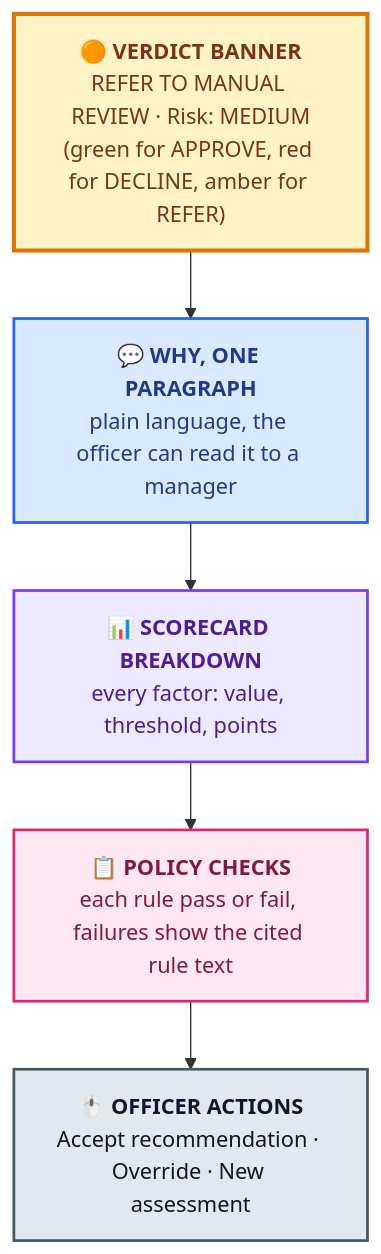
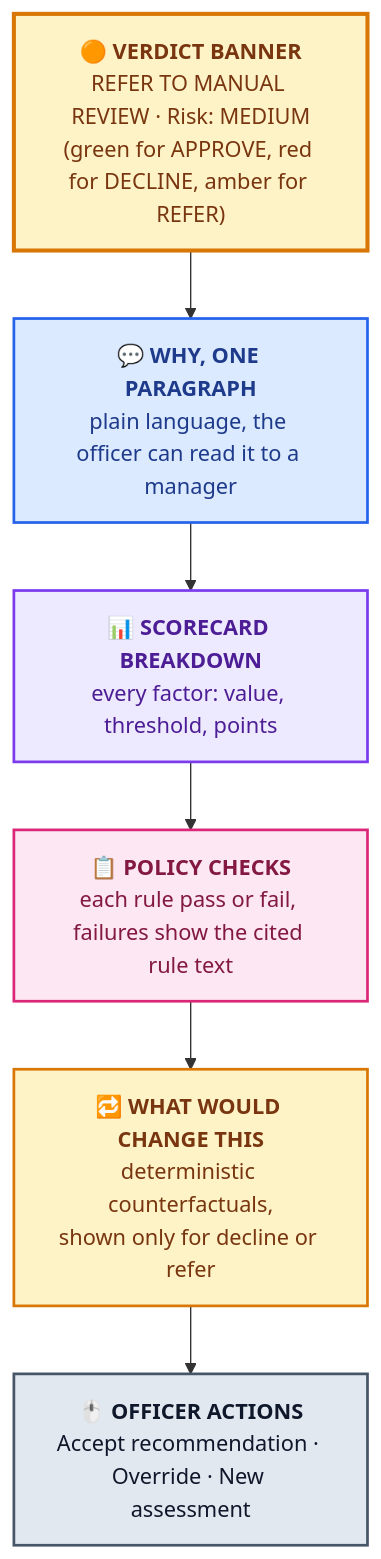
One commit to Mxjoshi/newcomer-credit-copilot changed the fourth of 4 diagrams in 02-design/deliverables/01-ui-flow.md. Above: the diagram before and after it, drawn with Mermaid. The commit also changed other lines of this file, not shown here.

Commit message:
Phase 2 review: policy inputs group, counterfactual block, impact view, validator edge case in UI flow

````diff
--- a/02-design/deliverables/01-ui-flow.md
+++ b/02-design/deliverables/01-ui-flow.md
@@ -127,14 +141,16 @@
 ```mermaid
 flowchart TD
     V["🟠 <b>VERDICT BANNER</b><br/>REFER TO MANUAL REVIEW · Risk: MEDIUM<br/>(green for APPROVE, red for DECLINE, amber for REFER)"]
     W["💬 <b>WHY, ONE PARAGRAPH</b><br/>plain language, the officer can read it to a manager"]
     S["📊 <b>SCORECARD BREAKDOWN</b><br/>every factor: value, threshold, points"]
     P["📋 <b>POLICY CHECKS</b><br/>each rule pass or fail, failures show the cited rule text"]
+    CFB["🔁 <b>WHAT WOULD CHANGE THIS</b><br/>deterministic counterfactuals,<br/>shown only for decline or refer"]
     ACT["🖱️ <b>OFFICER ACTIONS</b><br/>Accept recommendation · Override · New assessment"]
-    V --> W --> S --> P --> ACT
+    V --> W --> S --> P --> CFB --> ACT
     style V fill:#fef3c7,stroke:#d97706,stroke-width:3px,color:#78350f
     style W fill:#dbeafe,stroke:#2563eb,stroke-width:2px,color:#1e3a8a
     style S fill:#ede9fe,stroke:#7c3aed,stroke-width:2px,color:#4c1d95
     style P fill:#fce7f3,stroke:#db2777,stroke-width:2px,color:#831843
+    style CFB fill:#fef3c7,stroke:#d97706,stroke-width:2px,color:#78350f
     style ACT fill:#e2e8f0,stroke:#475569,stroke-width:2px,color:#0f172a
 ```
````
